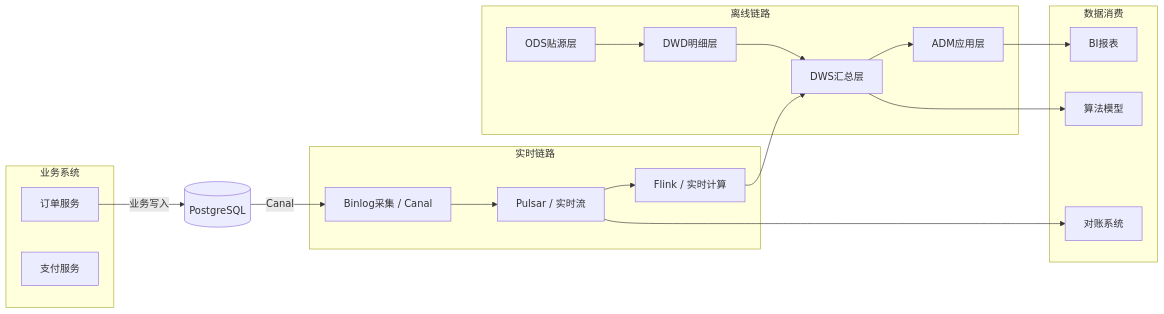
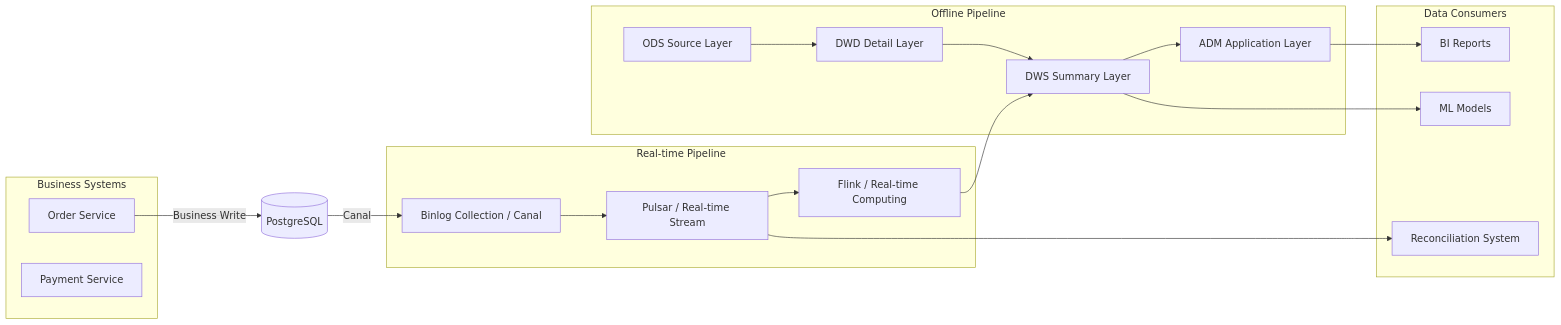
Diagram 12 of 15 in templates/产品/技术层/【模板】架构设计文档.md (Kirky-X/cangjie), drawn with Mermaid before and after one commit. The commit also changed other lines of this file and 46 other files, not shown here.

````diff
--- a/templates/产品/技术层/【模板】架构设计文档.md
+++ b/templates/产品/技术层/【模板】架构设计文档.md
@@ -566,36 +566,36 @@
 ```mermaid
 flowchart LR
-    subgraph 业务系统
-        A1[订单服务]
-        A2[支付服务]
+    subgraph Business Systems
+        A1[Order Service]
+        A2[Payment Service]
     end
 
-    subgraph 实时链路
-        B1[Binlog采集 / Canal]
-        B2[Pulsar / 实时流]
-        B3[Flink / 实时计算]
+    subgraph Real-time Pipeline
+        B1[Binlog Collection / Canal]
+        B2[Pulsar / Real-time Stream]
+        B3[Flink / Real-time Computing]
     end
 
-    subgraph 离线链路
-        C1[ODS贴源层]
-        C2[DWD明细层]
-        C3[DWS汇总层]
-        C4[ADM应用层]
+    subgraph Offline Pipeline
+        C1[ODS Source Layer]
+        C2[DWD Detail Layer]
+        C3[DWS Summary Layer]
+        C4[ADM Application Layer]
     end
 
-    subgraph 数据消费
-        D1[BI报表]
-        D2[算法模型]
-        D3[对账系统]
+    subgraph Data Consumers
+        D1[BI Reports]
+        D2[ML Models]
+        D3[Reconciliation System]
     end
 
-    A1 -->|业务写入| DB1[(PostgreSQL)]
+    A1 -->|Business Write| DB1[(PostgreSQL)]
     DB1 -->|Canal| B1
     B1 --> B2
     B2 --> B3
     B3 --> C3
     C1 --> C2 --> C3 --> C4
     C4 --> D1
     C3 --> D2
     B2 --> D3
 ```
````
